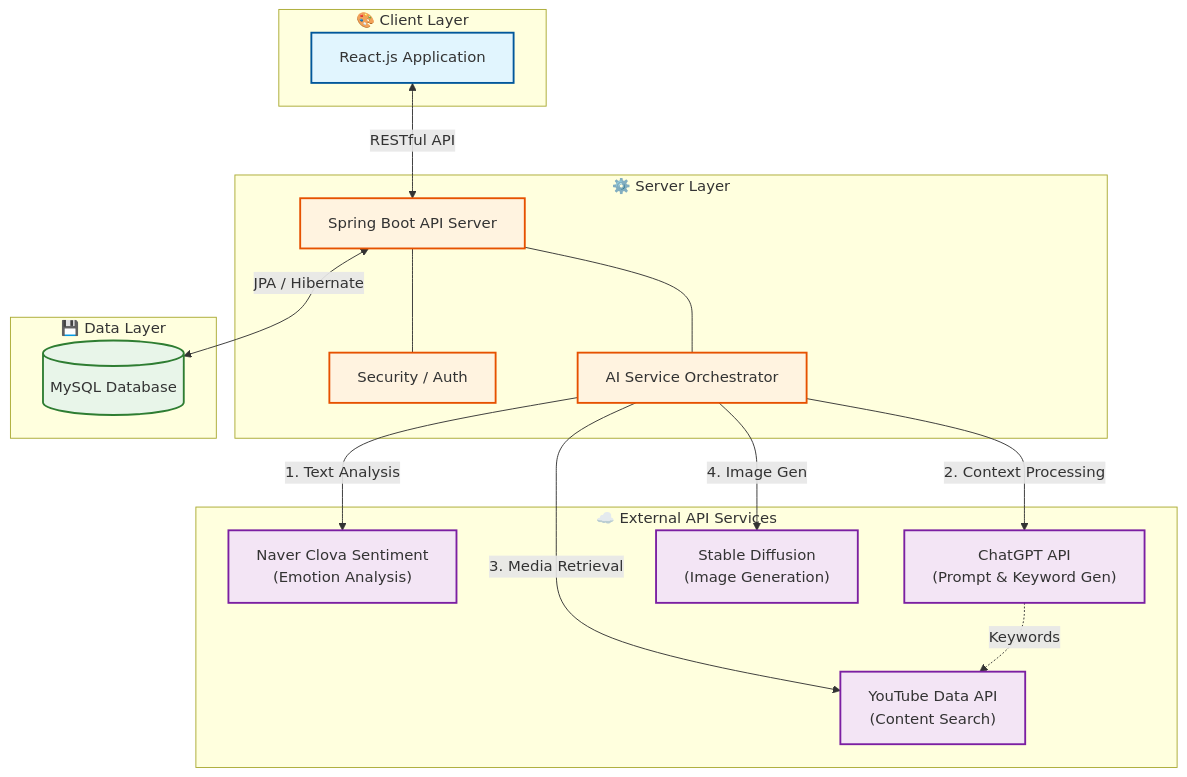
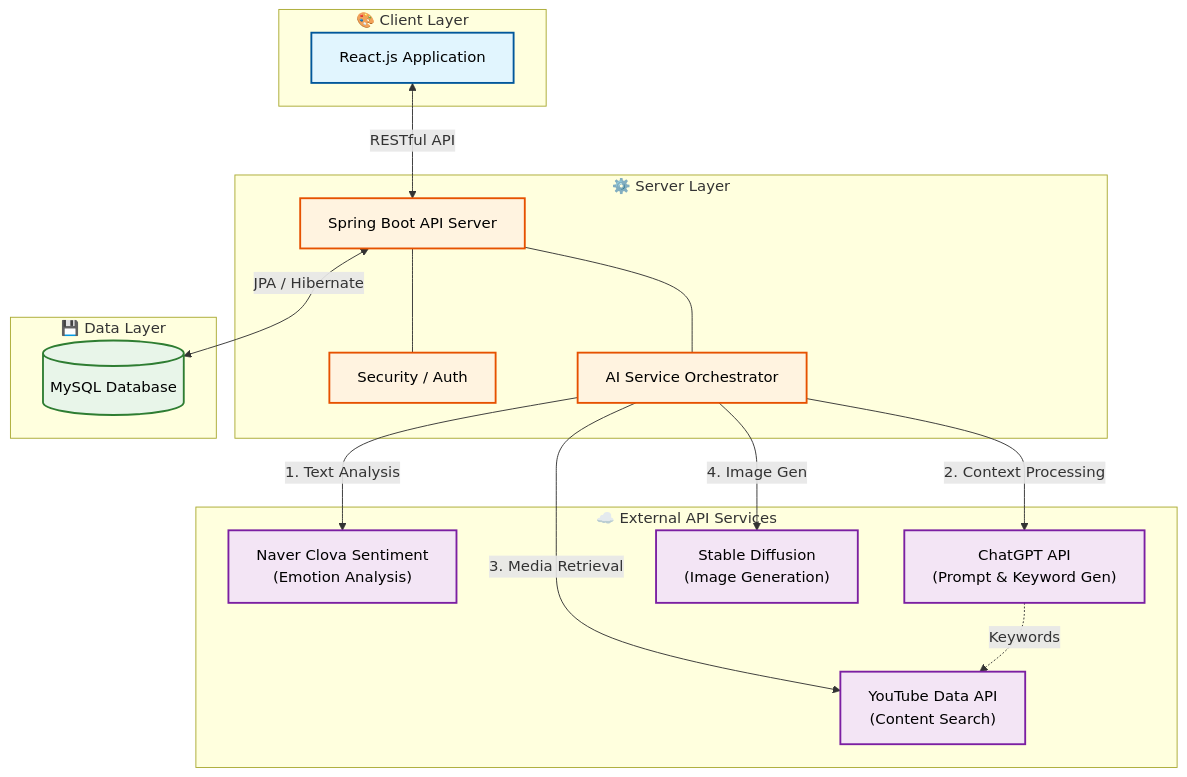
The diagram in README.md (yss9/blueMemories-origin-), drawn with Mermaid before and after one commit.

````diff
--- a/README.md
+++ b/README.md
@@ -99,45 +99,43 @@
 ```mermaid
 graph TD
-    %% 스타일 정의
-    classDef client fill:#e1f5fe,stroke:#01579b,stroke-width:2px;
-    classDef server fill:#fff3e0,stroke:#e65100,stroke-width:2px;
-    classDef db fill:#e8f5e9,stroke:#2e7d32,stroke-width:2px;
-    classDef ai fill:#f3e5f5,stroke:#7b1fa2,stroke-width:2px;
+    classDef client fill:#e1f5fe,stroke:#01579b,stroke-width:2px,color:#000000;
+    classDef server fill:#fff3e0,stroke:#e65100,stroke-width:2px,color:#000000;
+    classDef db fill:#e8f5e9,stroke:#2e7d32,stroke-width:2px,color:#000000;
+    classDef ai fill:#f3e5f5,stroke:#7b1fa2,stroke-width:2px,color:#000000;
 
     subgraph Client_Layer [🎨 Client Layer]
         React[React.js Application]:::client
     end
 
     subgraph Server_Layer [⚙️ Server Layer]
         SB[Spring Boot API Server]:::server
         Auth[Security / Auth]:::server
         Orchestrator[AI Service Orchestrator]:::server
         
         SB --- Auth
         SB --- Orchestrator
     end
 
     subgraph Data_Layer [💾 Data Layer]
         MySQL[(MySQL Database)]:::db
     end
 
     subgraph AI_External_Services [☁️ External API Services]
-
         Clova["Naver Clova Sentiment\n(Emotion Analysis)"]:::ai
         GPT["ChatGPT API\n(Prompt & Keyword Gen)"]:::ai
         YT["YouTube Data API\n(Content Search)"]:::ai
         SD["Stable Diffusion\n(Image Generation)"]:::ai
     end
 
     %% 연결선
     React <-->|RESTful API| SB
     SB <-->|JPA / Hibernate| MySQL
     
     Orchestrator -->|1. Text Analysis| Clova
     Orchestrator -->|2. Context Processing| GPT
     Orchestrator -->|3. Media Retrieval| YT
     Orchestrator -->|4. Image Gen| SD
 
     %% 데이터 흐름 설명
     GPT -.->|Keywords| YT
 ```
````
